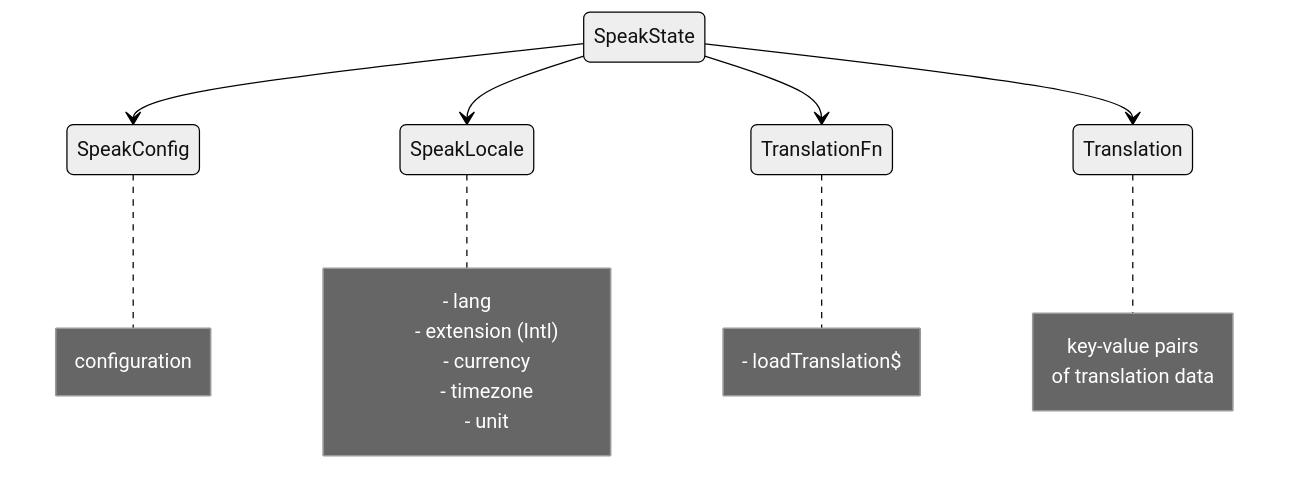
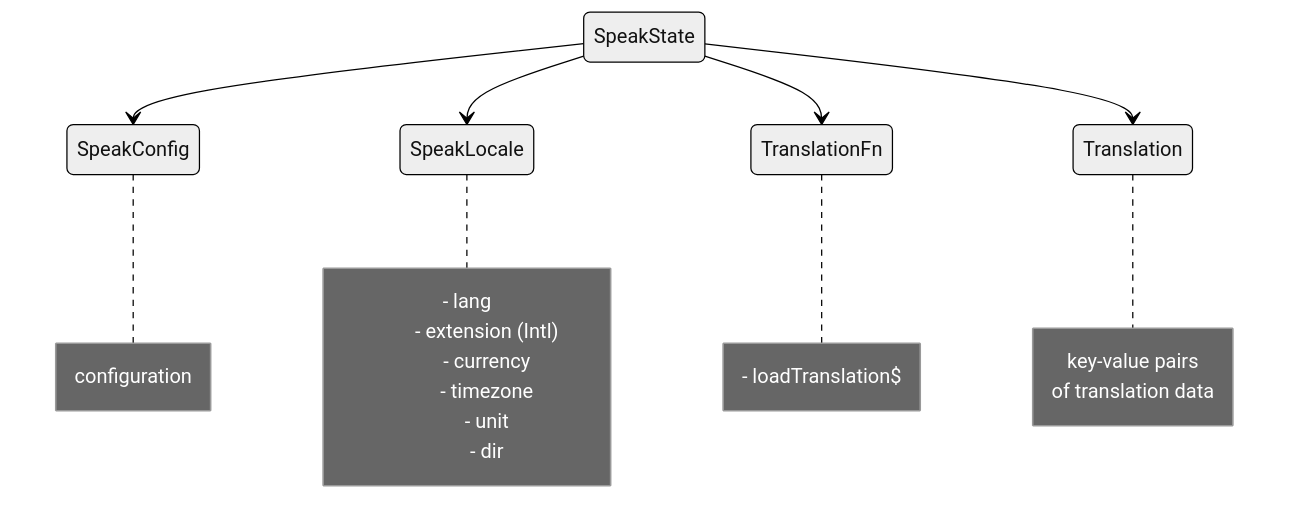
Before and after one commit to robisim74/qwik-speak: the diagram in README.md, drawn with Mermaid (neutral theme). The commit also changed other lines of this file and 4 other files, not shown here.

````diff
--- a/README.md
+++ b/README.md
@@ -71,27 +71,28 @@
 ```mermaid
 stateDiagram-v2
     State1: SpeakState
     State2: SpeakConfig
     State3: SpeakLocale
     State4: TranslationFn
     State5: Translation
     State1 --> State2
     State1 --> State3
     State1 --> State4
     State1 --> State5
     note right of State2: configuration
     note right of State3
         - lang
         - extension (Intl)
         - currency
         - timezone
         - unit
+        - dir
     end note 
     note right of State4
         - loadTranslation$
     end note
     note right of State5
         key-value pairs
         of translation data
     end note
 ```
````
